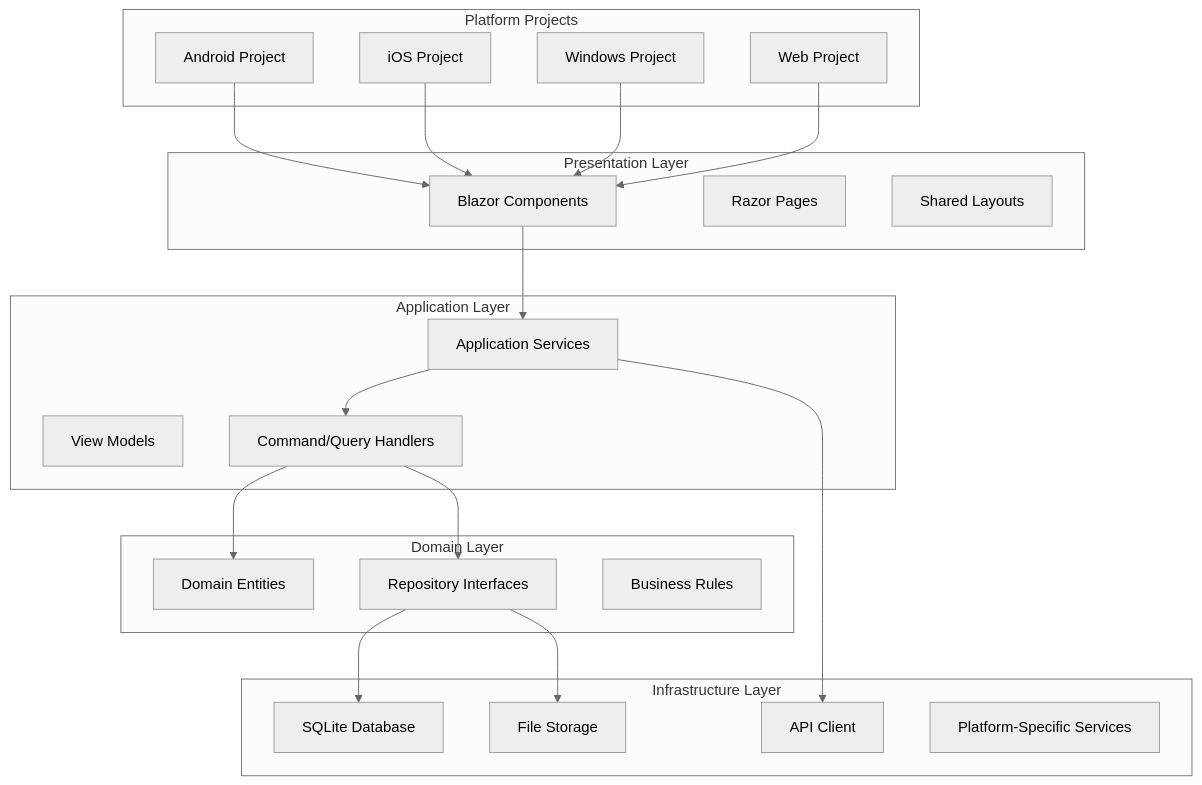
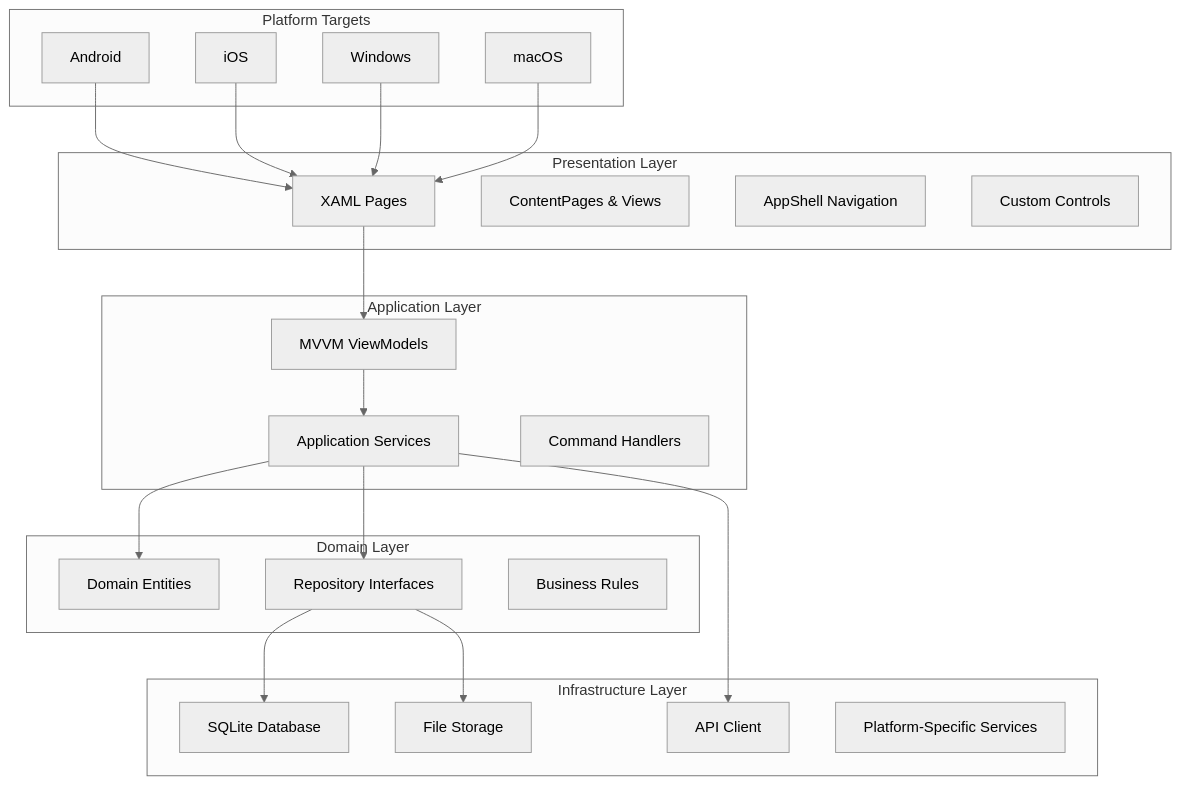
The diagram in .kiro/specs/project-restructure/design.md (ysnarafat/fin-track), drawn with Mermaid (neutral theme) before and after one commit. The commit also changed other lines of this file and 81 other files, not shown here.

````diff
--- a/.kiro/specs/project-restructure/design.md
+++ b/.kiro/specs/project-restructure/design.md
@@ -11,47 +22,48 @@
 ```mermaid
 graph TB
     subgraph "Presentation Layer"
-        UI[Blazor Components]
-        Pages[Razor Pages]
-        Layouts[Shared Layouts]
+        XAML[XAML Pages]
+        Views[ContentPages & Views]
+        Shell[AppShell Navigation]
+        Controls[Custom Controls]
     end
     
     subgraph "Application Layer"
+        ViewModels[MVVM ViewModels]
         Services[Application Services]
-        ViewModels[View Models]
-        Handlers[Command/Query Handlers]
+        Commands[Command Handlers]
     end
     
     subgraph "Domain Layer"
         Entities[Domain Entities]
         Interfaces[Repository Interfaces]
         BusinessLogic[Business Rules]
     end
     
     subgraph "Infrastructure Layer"
         LocalDB[SQLite Database]
         FileSystem[File Storage]
         HttpClient[API Client]
         PlatformServices[Platform-Specific Services]
     end
     
-    subgraph "Platform Projects"
-        Android[Android Project]
-        iOS[iOS Project]
-        Windows[Windows Project]
-        Web[Web Project]
+    subgraph "Platform Targets"
+        Android[Android]
+        iOS[iOS]
+        Windows[Windows]
+        MacCatalyst[macOS]
     end
     
-    UI --> Services
-    Services --> Handlers
-    Handlers --> Entities
-    Handlers --> Interfaces
+    XAML --> ViewModels
+    ViewModels --> Services
+    Services --> Entities
+    Services --> Interfaces
     Interfaces --> LocalDB
     Interfaces --> FileSystem
     Services --> HttpClient
     
-    Android --> UI
-    iOS --> UI
-    Windows --> UI
-    Web --> UI
+    Android --> XAML
+    iOS --> XAML
+    Windows --> XAML
+    MacCatalyst --> XAML
 ```
````
